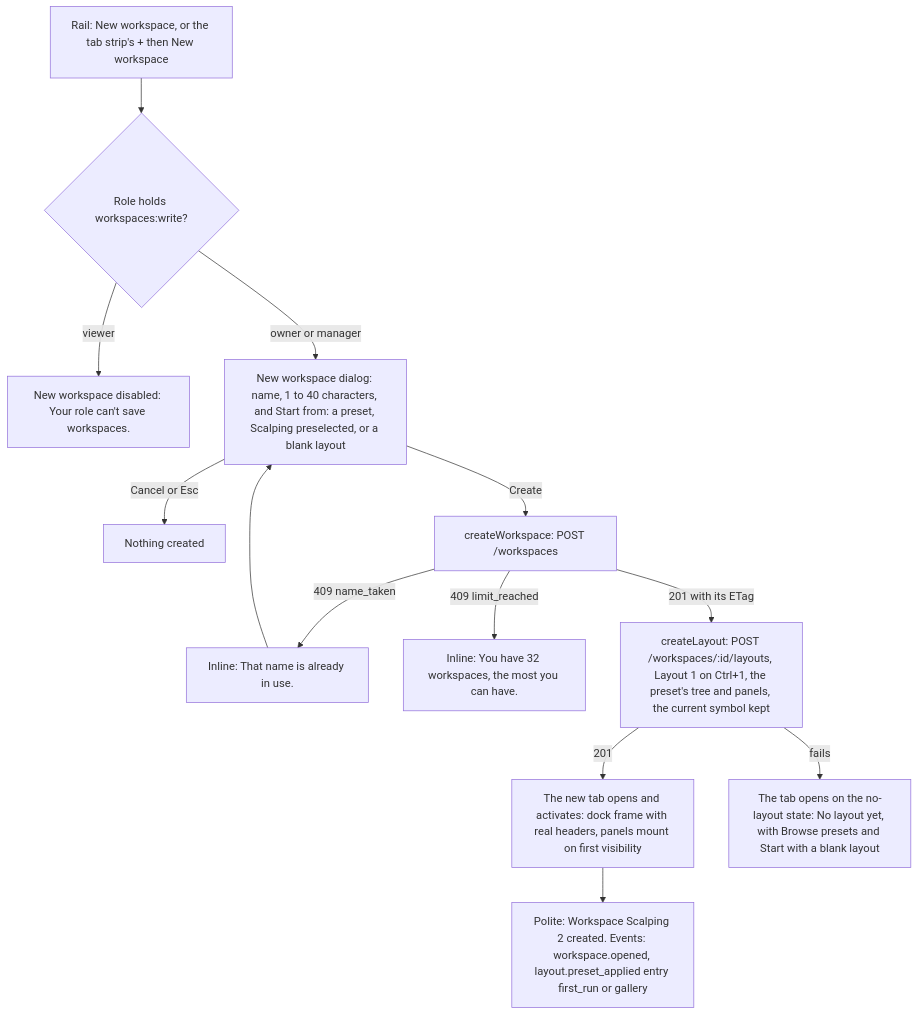
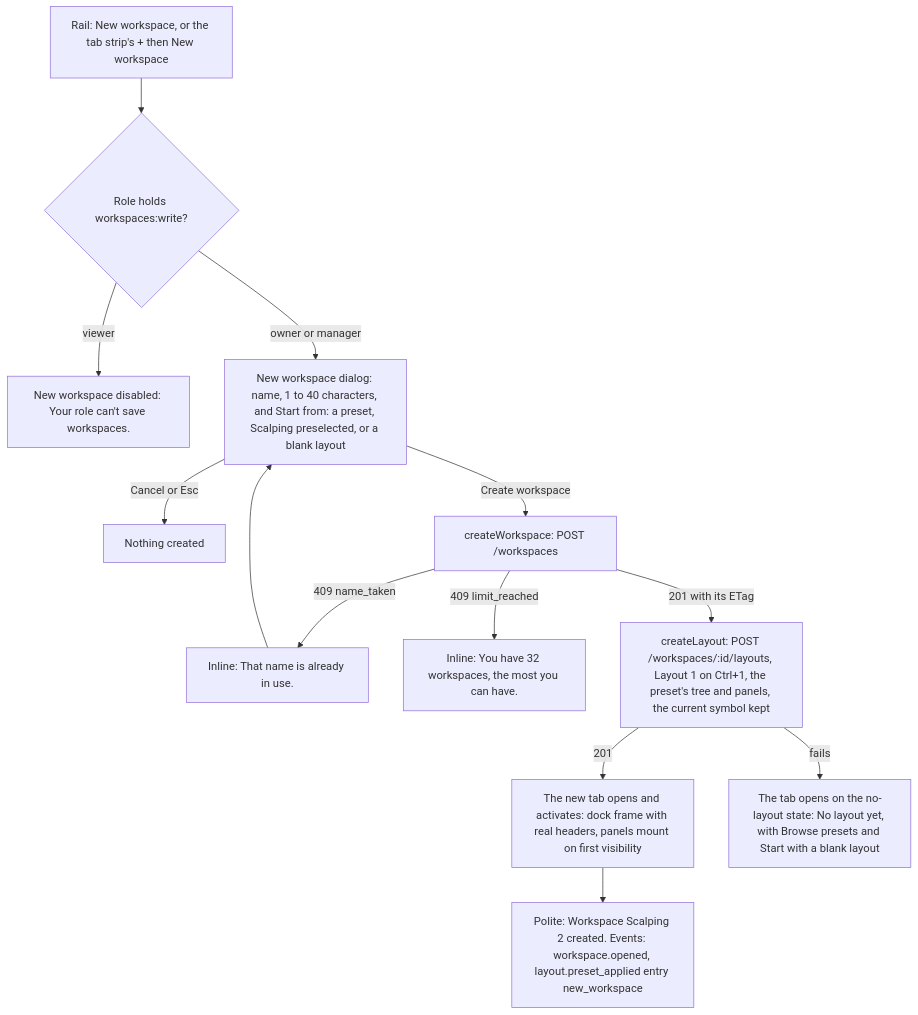
The first of 6 diagrams in docs/design/specs/e15-layout-flows.md (CandleViewer/CandleViewer), drawn with Mermaid before and after one commit. The commit also changed other lines of this file and 5 other files, not shown here.

````diff
--- a/docs/design/specs/e15-layout-flows.md
+++ b/docs/design/specs/e15-layout-flows.md
@@ -7,15 +7,15 @@
 ```mermaid
 flowchart TD
   A1["Rail: New workspace, or the tab strip's + then New workspace"] --> B1{"Role holds workspaces:write?"}
   B1 -->|viewer| C1["New workspace disabled: Your role can't save workspaces."]
   B1 -->|owner or manager| D1["New workspace dialog: name, 1 to 40 characters, and Start from: a preset, Scalping preselected, or a blank layout"]
   D1 -->|Cancel or Esc| E1["Nothing created"]
-  D1 -->|Create| F1["createWorkspace: POST /workspaces"]
+  D1 -->|Create workspace| F1["createWorkspace: POST /workspaces"]
   F1 -->|409 name_taken| G1["Inline: That name is already in use."]
   G1 --> D1
   F1 -->|409 limit_reached| H1["Inline: You have 32 workspaces, the most you can have."]
   F1 -->|201 with its ETag| I1["createLayout: POST /workspaces/:id/layouts, Layout 1 on Ctrl+1, the preset's tree and panels, the current symbol kept"]
   I1 -->|201| J1["The new tab opens and activates: dock frame with real headers, panels mount on first visibility"]
   I1 -->|fails| K1["The tab opens on the no-layout state: No layout yet, with Browse presets and Start with a blank layout"]
-  J1 --> L1["Polite: Workspace Scalping 2 created. Events: workspace.opened, layout.preset_applied entry first_run or gallery"]
+  J1 --> L1["Polite: Workspace Scalping 2 created. Events: workspace.opened, layout.preset_applied entry new_workspace"]
 ```
````
